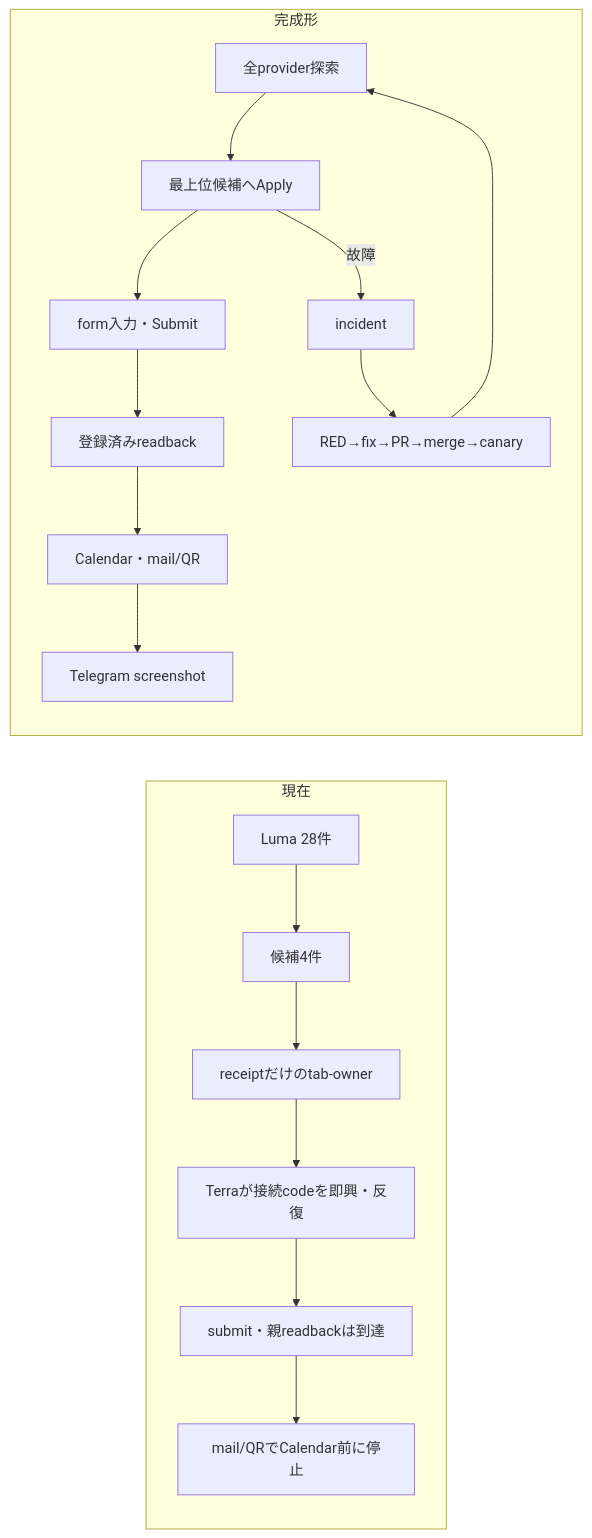
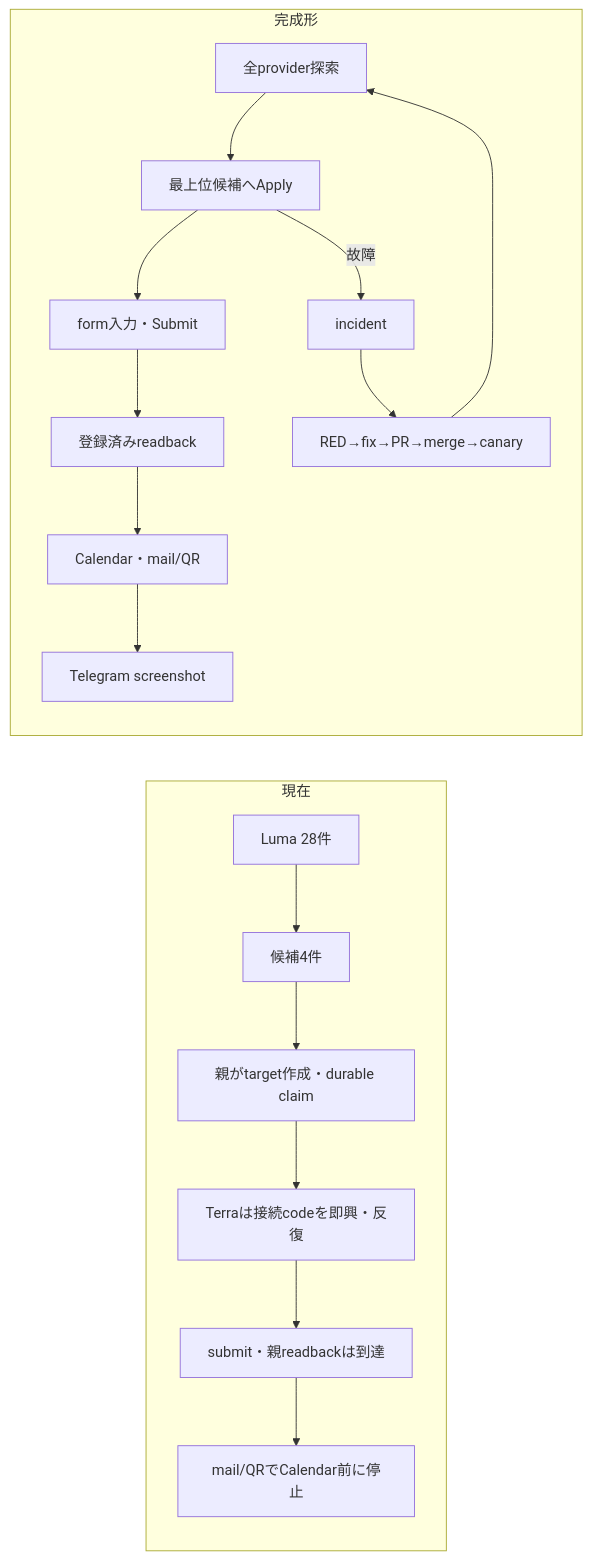
Before and after one commit to Daisuke134/anicca: the third of 6 diagrams in docs/superpowers/specs/2026-08-01-dais-life-manager-five-phase-execution-spec.md, drawn with Mermaid. The commit also changed other lines of this file and 12 other files, not shown here.

````diff
--- a/docs/superpowers/specs/2026-08-01-dais-life-manager-five-phase-execution-spec.md
+++ b/docs/superpowers/specs/2026-08-01-dais-life-manager-five-phase-execution-spec.md
@@ -2838,20 +2848,20 @@
 ```mermaid
 flowchart LR
   subgraph NOW[現在]
     N1[Luma 28件] --> N2[候補4件]
-    N2 --> N3[receiptだけのtab-owner]
-    N3 --> N4[Terraが接続codeを即興・反復]
+    N2 --> N3[親がtarget作成・durable claim]
+    N3 --> N4[Terraは接続codeを即興・反復]
     N4 --> N5[submit・親readbackは到達]
     N5 --> N6[mail/QRでCalendar前に停止]
   end
   subgraph TARGET[完成形]
     T1[全provider探索] --> T2[最上位候補へApply]
     T2 --> T3[form入力・Submit]
     T3 --> T4[登録済みreadback]
     T4 --> T5[Calendar・mail/QR]
     T5 --> T6[Telegram screenshot]
     T2 -->|故障| T7[incident]
     T7 --> T8[RED→fix→PR→merge→canary]
     T8 --> T1
   end
 ```
````
